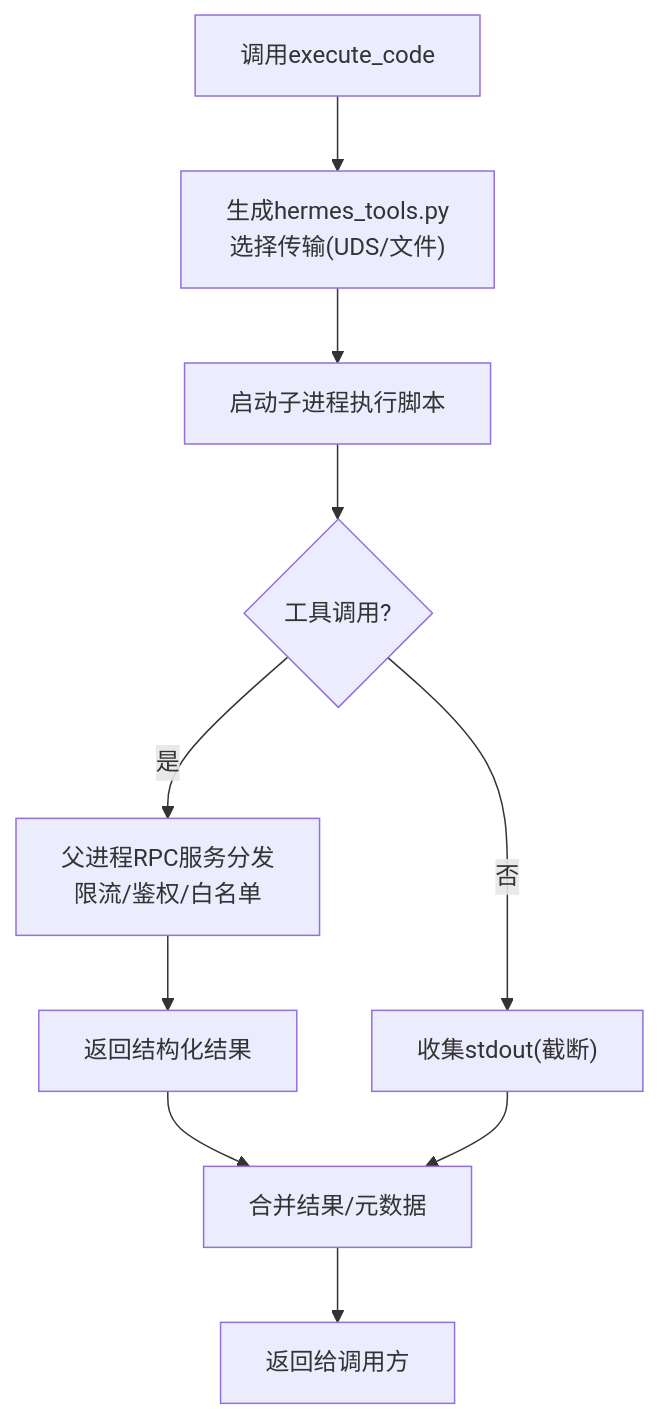
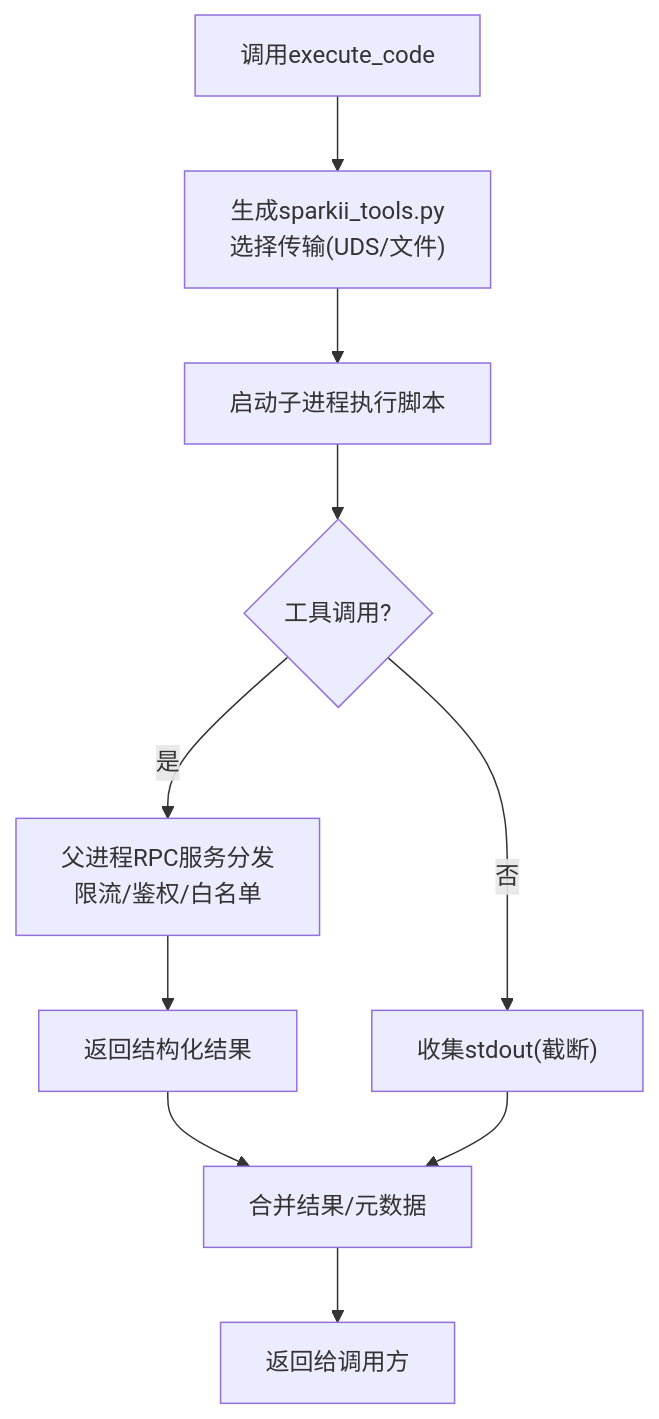
One commit to YueDJ/SpaikiiDesktop changed the eighth of 9 diagrams in .qoder/repowiki/zh/content/用户指南/常用工作流指南/批量任务工作流.md. Above: the diagram before and after it, drawn with Mermaid. The commit also changed 299 other files, not shown here.

````diff
--- a/.qoder/repowiki/zh/content/用户指南/常用工作流指南/批量任务工作流.md
+++ b/.qoder/repowiki/zh/content/用户指南/常用工作流指南/批量任务工作流.md
@@ -317,12 +317,12 @@
 ```mermaid
 flowchart TD
-A["调用execute_code"] --> B["生成hermes_tools.py<br/>选择传输(UDS/文件)"]
+A["调用execute_code"] --> B["生成sparkii_tools.py<br/>选择传输(UDS/文件)"]
 B --> C["启动子进程执行脚本"]
 C --> D{"工具调用?"}
 D --> |是| E["父进程RPC服务分发<br/>限流/鉴权/白名单"]
 E --> F["返回结构化结果"]
 D --> |否| G["收集stdout(截断)"]
 F --> H["合并结果/元数据"]
 G --> H
 H --> I["返回给调用方"]
 ```
````
